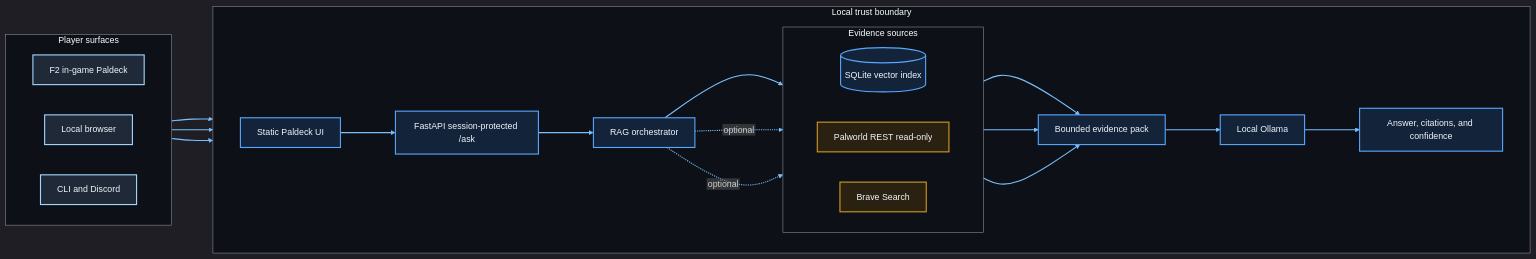
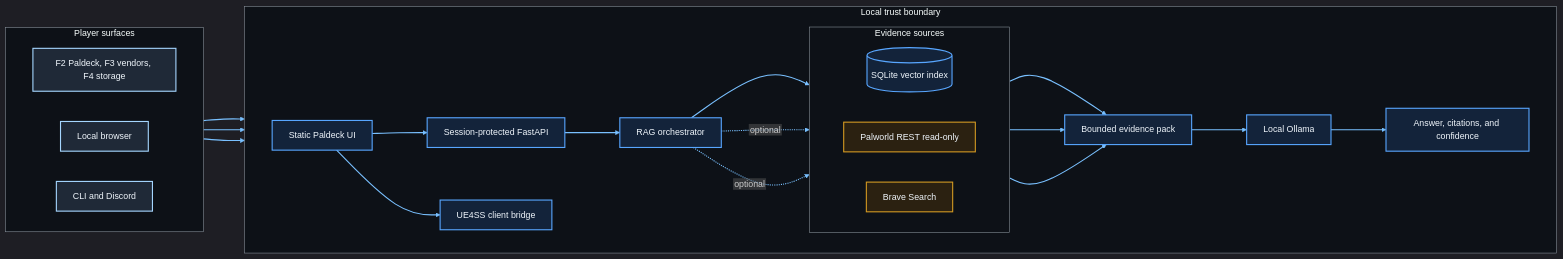
Before and after one commit to luibots/palworld-local-llm-companion: the second of 4 diagrams in docs/ARCHITECTURE.md, drawn with Mermaid. The commit also changed other lines of this file and 12 other files, not shown here.

````diff
--- a/docs/ARCHITECTURE.md
+++ b/docs/ARCHITECTURE.md
@@ -38,49 +39,51 @@
 ```mermaid
 %%{init: {"theme":"dark","flowchart":{"curve":"basis","htmlLabels":false,"nodeSpacing":55,"rankSpacing":75},"themeVariables":{"background":"#0d1117","primaryColor":"#161b22","primaryTextColor":"#f0f6fc","primaryBorderColor":"#58a6ff","lineColor":"#79c0ff","secondaryColor":"#21262d","tertiaryColor":"#30363d","clusterBkg":"#0d1117","clusterBorder":"#8b949e","fontFamily":"Segoe UI, Arial, sans-serif"}}}%%
 flowchart LR
     subgraph SURFACES["Player surfaces"]
         direction LR
-        GAME["F2 in-game Paldeck"]
+        GAME["F2 Paldeck, F3 vendors, F4 storage"]
         WEB["Local browser"]
         CLI["CLI and Discord"]
     end
 
     subgraph LOCAL["Local trust boundary"]
         direction LR
         UI["Static Paldeck UI"]
-        API["FastAPI session-protected /ask"]
+        BRIDGE["UE4SS client bridge"]
+        API["Session-protected FastAPI"]
         RAG["RAG orchestrator"]
 
         subgraph SOURCES["Evidence sources"]
             direction LR
             INDEX[("SQLite vector index")]
             LIVE["Palworld REST read-only"]
             SEARCH["Brave Search"]
         end
 
         PACK["Bounded evidence pack"]
         MODEL["Local Ollama"]
         ANSWER["Answer, citations, and confidence"]
 
         UI --> API --> RAG
+        UI --> BRIDGE
         RAG --> INDEX
         RAG -. "optional" .-> LIVE
         RAG -. "optional" .-> SEARCH
         INDEX --> PACK
         LIVE --> PACK
         SEARCH --> PACK
         PACK --> MODEL --> ANSWER
     end
 
     GAME --> UI
     WEB --> UI
     CLI --> API
 
     classDef surface fill:#1f2937,stroke:#a5d6ff,color:#f0f6fc,stroke-width:2px;
     classDef local fill:#13233a,stroke:#58a6ff,color:#f0f6fc,stroke-width:2px;
     classDef optional fill:#2b2111,stroke:#d29922,color:#f0f6fc,stroke-width:2px;
     class GAME,WEB,CLI surface;
-    class API,RAG,INDEX,MODEL,UI,PACK,ANSWER local;
+    class API,RAG,INDEX,MODEL,UI,BRIDGE,PACK,ANSWER local;
     class LIVE,SEARCH optional;
     linkStyle default stroke:#79c0ff,stroke-width:2px,fill:none;
 ```
````
